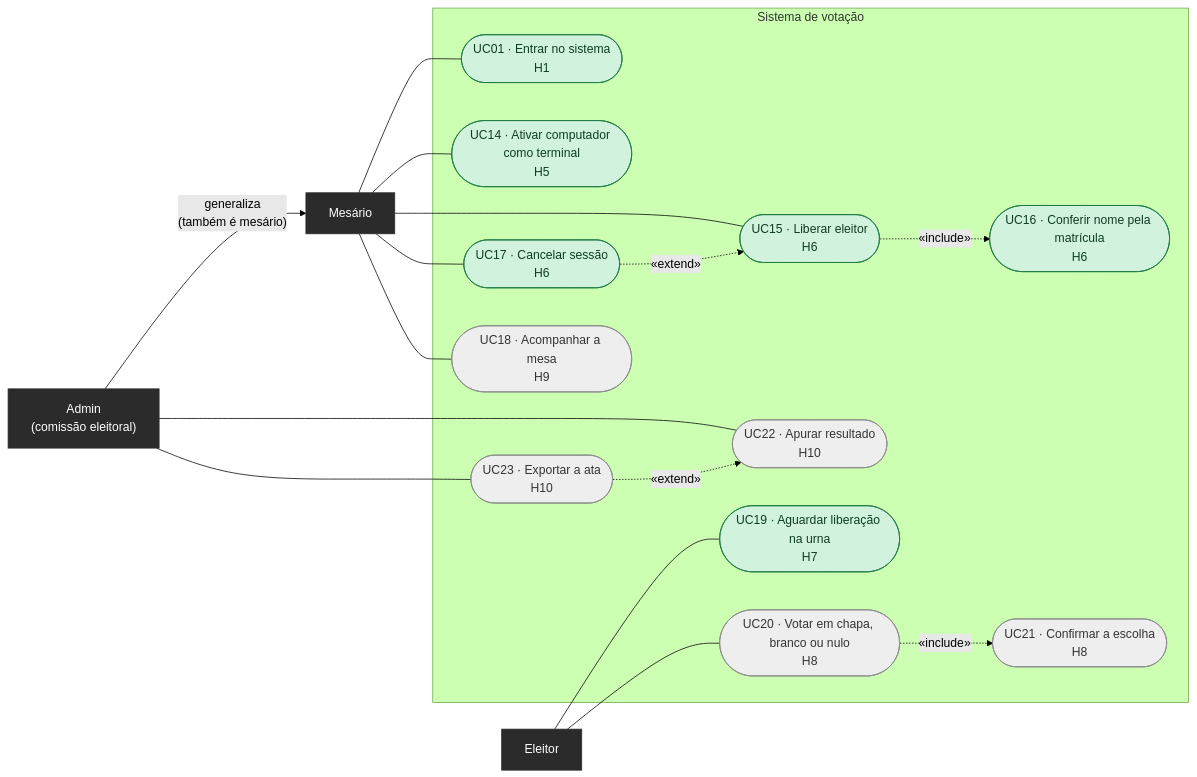
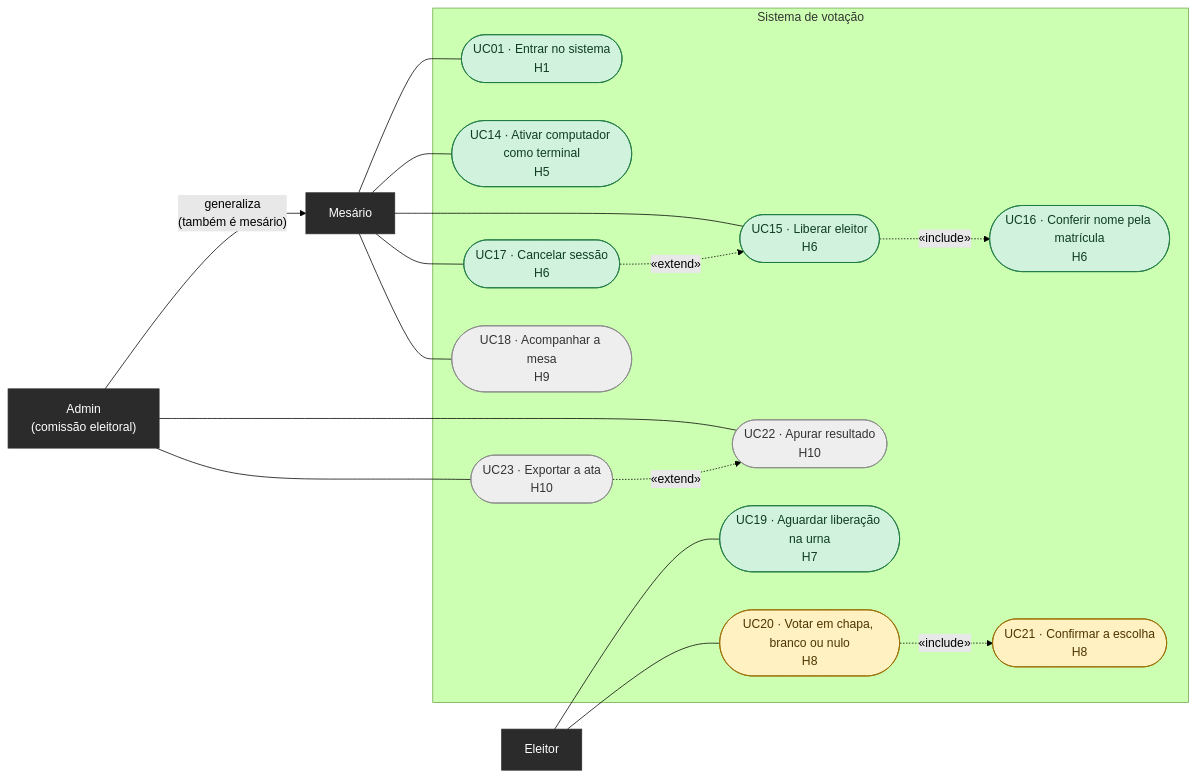
The third of 10 diagrams in docs/DIAGRAMAS.md (prof-ronildo-unicatolica/votacao-digitech), drawn with Mermaid (forest theme) before and after one commit. The commit also changed other lines of this file and 18 other files, not shown here.

````diff
--- a/docs/DIAGRAMAS.md
+++ b/docs/DIAGRAMAS.md
@@ -81,43 +81,44 @@
 ```mermaid
 flowchart LR
     ADM["Admin<br/>(comissão eleitoral)"]:::ator
     MES["Mesário"]:::ator
     ELE["Eleitor"]:::ator
     ADM -- "generaliza<br/>(também é mesário)" --> MES
 
     subgraph SIS["Sistema de votação"]
         UC01(["UC01 · Entrar no sistema<br/>H1"])
         UC14(["UC14 · Ativar computador como terminal<br/>H5"])
         UC15(["UC15 · Liberar eleitor<br/>H6"])
         UC16(["UC16 · Conferir nome pela matrícula<br/>H6"])
         UC17(["UC17 · Cancelar sessão<br/>H6"])
         UC18(["UC18 · Acompanhar a mesa<br/>H9"])
         UC19(["UC19 · Aguardar liberação na urna<br/>H7"])
         UC20(["UC20 · Votar em chapa, branco ou nulo<br/>H8"])
         UC21(["UC21 · Confirmar a escolha<br/>H8"])
         UC22(["UC22 · Apurar resultado<br/>H10"])
         UC23(["UC23 · Exportar a ata<br/>H10"])
     end
 
     MES --- UC01
     MES --- UC14
     MES --- UC15
     MES --- UC17
     MES --- UC18
     ELE --- UC19
     ELE --- UC20
     ADM --- UC22
     ADM --- UC23
 
     UC15 -. "«include»" .-> UC16
     UC17 -. "«extend»" .-> UC15
     UC20 -. "«include»" .-> UC21
     UC23 -. "«extend»" .-> UC22
 
     class UC01,UC14,UC15,UC16,UC17,UC19 feito
-    class UC18,UC20,UC21,UC22,UC23 afazer
+    class UC20,UC21 revisao
+    class UC18,UC22,UC23 afazer
     classDef ator fill:#2b2b2b,stroke:#2b2b2b,color:#ffffff
     classDef feito fill:#d1f2dc,stroke:#1e7a44,color:#0f3d22
     classDef revisao fill:#fff1c2,stroke:#9a6b00,color:#4d3500
     classDef afazer fill:#eeeeee,stroke:#8a8a8a,color:#333333
 ```
````
